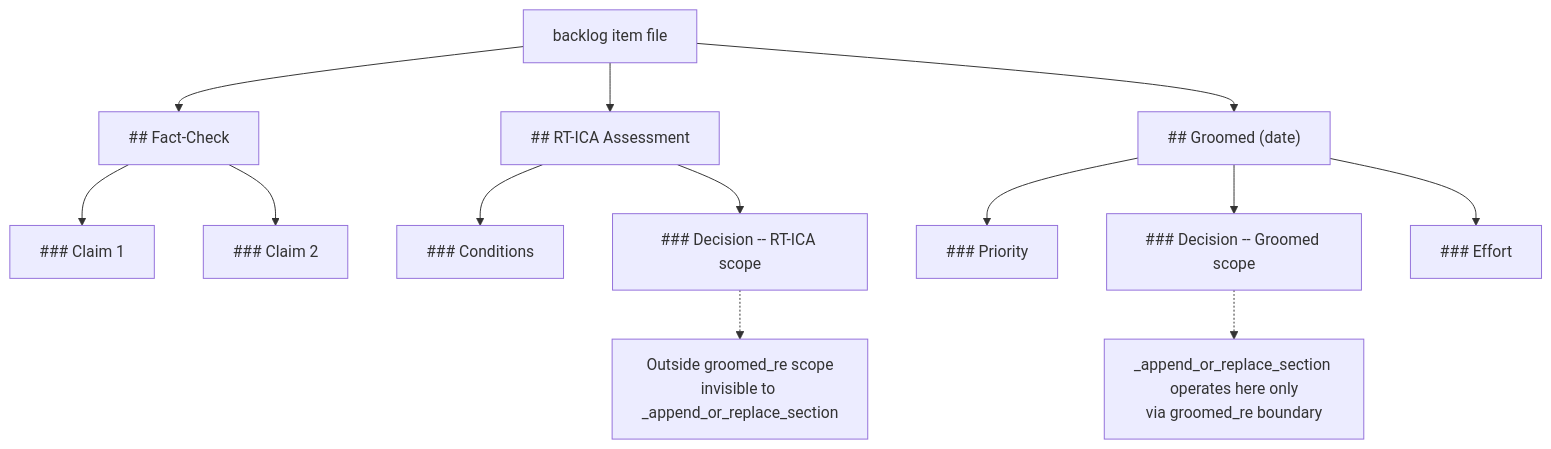
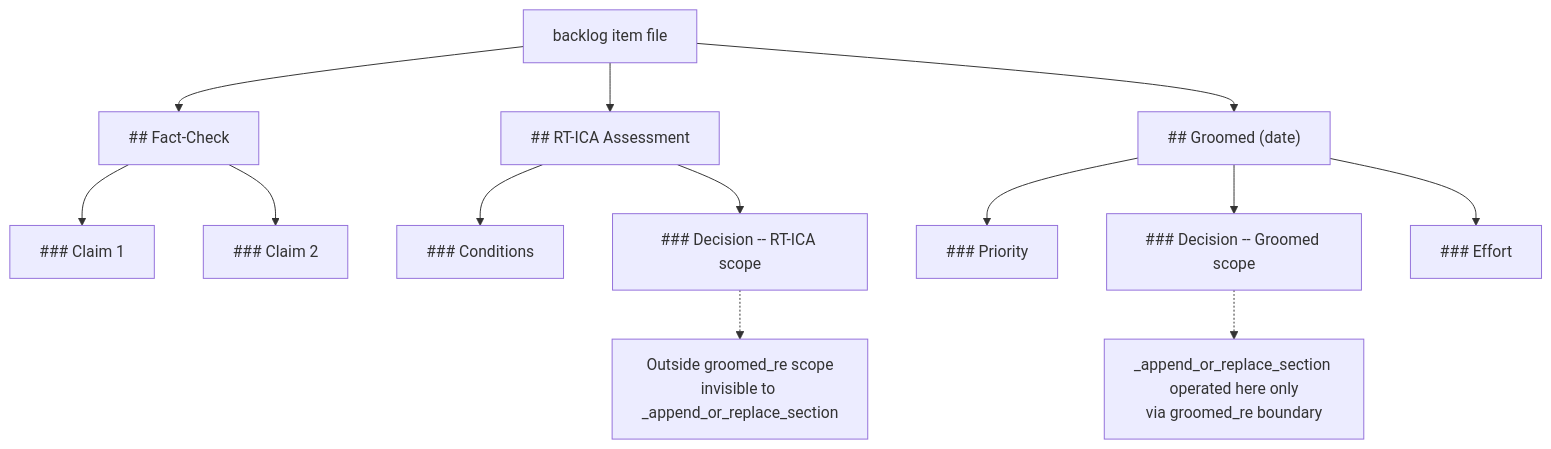
Before and after one commit to chgreer1070/claude_skills: the diagram in plugins/development-harness/skills/backlog/references/known-patterns.md, drawn with Mermaid. The commit also changed other lines of this file and 8 other files, not shown here.

````diff
--- a/plugins/development-harness/skills/backlog/references/known-patterns.md
+++ b/plugins/development-harness/skills/backlog/references/known-patterns.md
@@ -21,21 +39,21 @@
 ```mermaid
 flowchart TD
     Root["backlog item file"] --> FC["## Fact-Check"]
     Root --> RTA["## RT-ICA Assessment"]
     Root --> GR["## Groomed (date)"]
 
     FC --> FC1["### Claim 1"]
     FC --> FC2["### Claim 2"]
 
     RTA --> RTA_Cond["### Conditions"]
     RTA --> RTA_Dec["### Decision -- RT-ICA scope"]
 
     GR --> GR_Pri["### Priority"]
     GR --> GR_Dec["### Decision -- Groomed scope"]
     GR --> GR_Eff["### Effort"]
 
-    %% _append_or_replace_section is bounded by groomed_re -- only GR_Dec is reachable
-    GR_Dec -.-> Scope["_append_or_replace_section operates here only<br>via groomed_re boundary"]
+    %% _append_or_replace_section was bounded by groomed_re -- only GR_Dec was reachable
+    GR_Dec -.-> Scope["_append_or_replace_section operated here only<br>via groomed_re boundary"]
     %% RTA_Dec is structurally outside the groomed_re match range
     RTA_Dec -.-> Outside["Outside groomed_re scope<br>invisible to _append_or_replace_section"]
 ```
````
